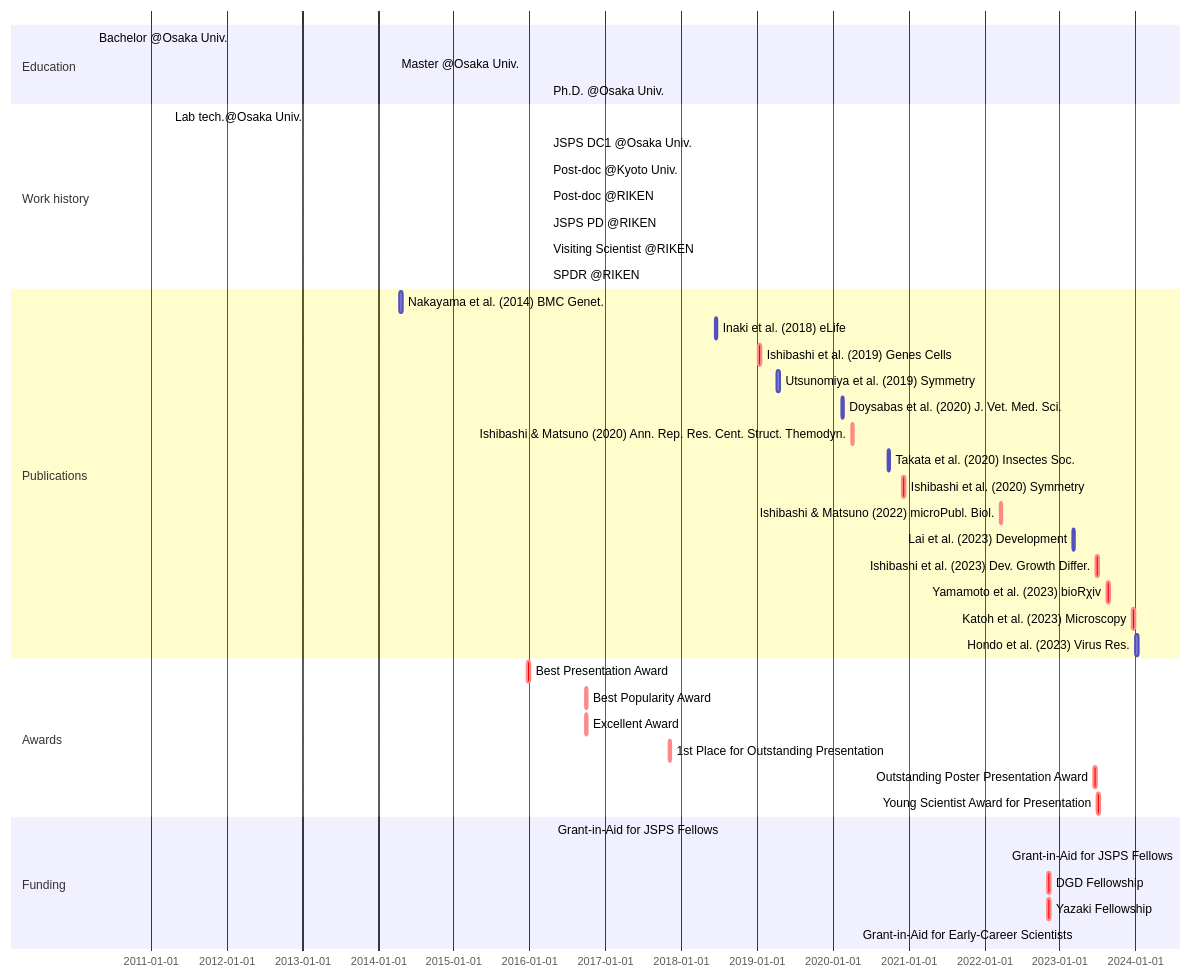
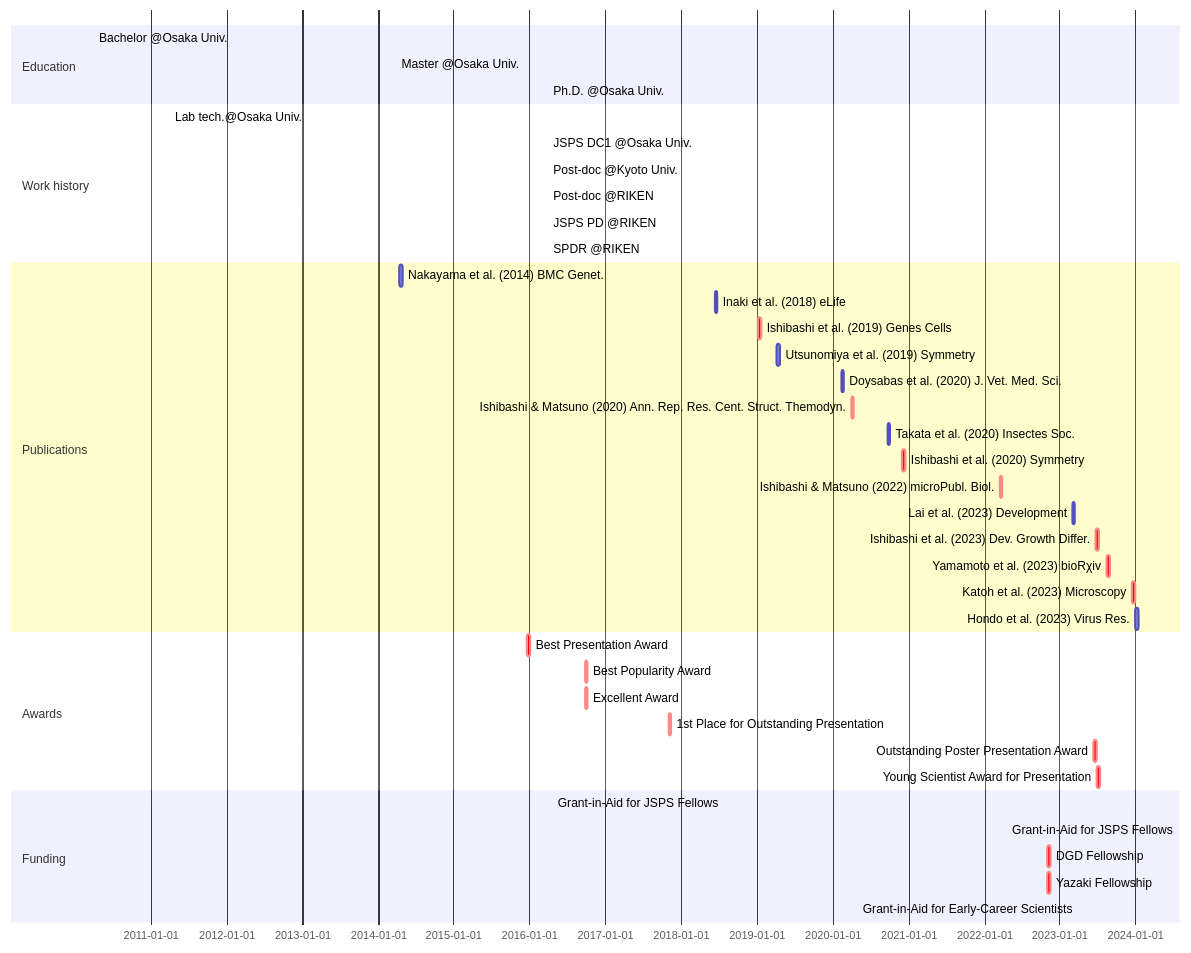
One commit to ishibaki/ishibaki.github.io changed the diagram in _includes/mermaid-cv.md. Above: the diagram before and after it, drawn with Mermaid.

````diff
--- a/_includes/mermaid-cv.md
+++ b/_includes/mermaid-cv.md
@@ -1,43 +1,42 @@
 ```mermaid
 gantt
 section Education
   Bachelor @Osaka Univ. : BS, 2010-04-01, 2014-03-25
   Master @Osaka Univ.   : MS, 2014-04-01, 2016-03-28
   Ph.D. @Osaka Univ.    : Ph.D., 2016-04-01, 2019-03-25
 section Work history
   Lab tech.@Osaka Univ.     : done, OU-tech, 2011-04-01, 2012-03-31
   JSPS DC1 @Osaka Univ.     : done, DC1, 2016-04-01, 2019-03-31
   Post-doc @Kyoto Univ.     : done, KU-postdoc, after DC1, 2021-04-30
   Post-doc @RIKEN           : done, RIKEN-postdoc, after KU-postdoc, 2022-03-31
   JSPS PD @RIKEN            : done, PD, after RIKEN-postdoc, 2023-03-31
-  Visiting Scientist @RIKEN : done, Visit-Sci, after RIKEN-postdoc, 2023-03-31
   SPDR @RIKEN               : active, SPDR, after PD, 2026-03-31
 section Publications
   Nakayama et al. (2014) BMC Genet.           :       nakayama2014, 2014-04-16, 2w
   Inaki et al. (2018) eLife                   :       inaki2018, 2018-06-12, 2w
   Ishibashi et al. (2019) Genes Cells         : crit, ishibashi2019, 2019-01-09, 2w
   Utsunomiya et al. (2019) Symmetry           :       utsunomiya2019, 2019-04-08, 2w
   Doysabas et al. (2020) J. Vet. Med. Sci.    :       doysabas2020, 2020-02-12, 2w
   Ishibashi & Matsuno (2020) Ann. Rep. Res. Cent. Struct. Themodyn. : crit, ishibashi2020a, 2020-04-01, 2w
   Takata et al. (2020) Insectes Soc.          :       takata2020, 2020-09-22, 2w
   Ishibashi et al. (2020) Symmetry            : crit, ishibashi2020b, 2020-12-02, 2w
   Ishibashi & Matsuno (2022) microPubl. Biol. : crit, ishibashi2022, 2022-03-18, 2w
   Lai et al. (2023) Development               :       lai2023, 2023-03-02, 2w
   Ishibashi et al. (2023) Dev. Growth Differ. : crit, ishibashi2023, 2023-06-25, 2w
   Yamamoto et al. (2023) bioRχiv              : crit, yamamoto2023, 2023-08-16, 2w
   Katoh et al. (2023) Microscopy              : crit, katoh2023, 2023-12-15, 2w
   Hondo et al. (2023) Virus Res.              :       hondo2024, 2024-01-02, 2w
 section Awards
   Best Presentation Award                  : crit, aw_1, 2015-12-20, 2w
   Best Popularity Award                    : crit, aw_2, 2016-09-25, 2w
   Excellent Award                          : crit, aw_3, 2016-09-25, 2w
   1st Place for Outstanding Presentation   : crit, aw_4, 2017-11-01, 2w
   Outstanding Poster Presentation Award    : crit, aw_5, 2023-06-15, 2w
   Young Scientist Award for Presentation   : crit, aw_6, 2023-06-29, 2w
 section Funding
-  Grant-in-Aid for JSPS Fellows : done, grant_DC1, 2016-04-22, 2019-03-31
-  Grant-in-Aid for JSPS Fellows : active, grant_PD, 2022-04-22, 2025-03-31
-  DGD Fellowship:                 crit, dgd_fellowship, 2022-11-04, 2w
-  Yazaki Fellowship:              crit, yazaki_fellowship, 2022-11-04, 2w
-  Grant-in-Aid for Early-Career Scientists : active, grant_ecs2023, 2023-04-01, 2026-03-31
+  Grant-in-Aid for JSPS Fellows             : done, grant_DC1, 2016-04-22, 2019-03-31
+  Grant-in-Aid for JSPS Fellows             : active, grant_PD, 2022-04-22, 2025-03-31
+  DGD Fellowship                            : crit, dgd_fellowship, 2022-11-04, 2w
+  Yazaki Fellowship                         : crit, yazaki_fellowship, 2022-11-04, 2w
+  Grant-in-Aid for Early-Career Scientists  : active, grant_ecs2023, 2023-04-01, 2026-03-31
 ```
````
